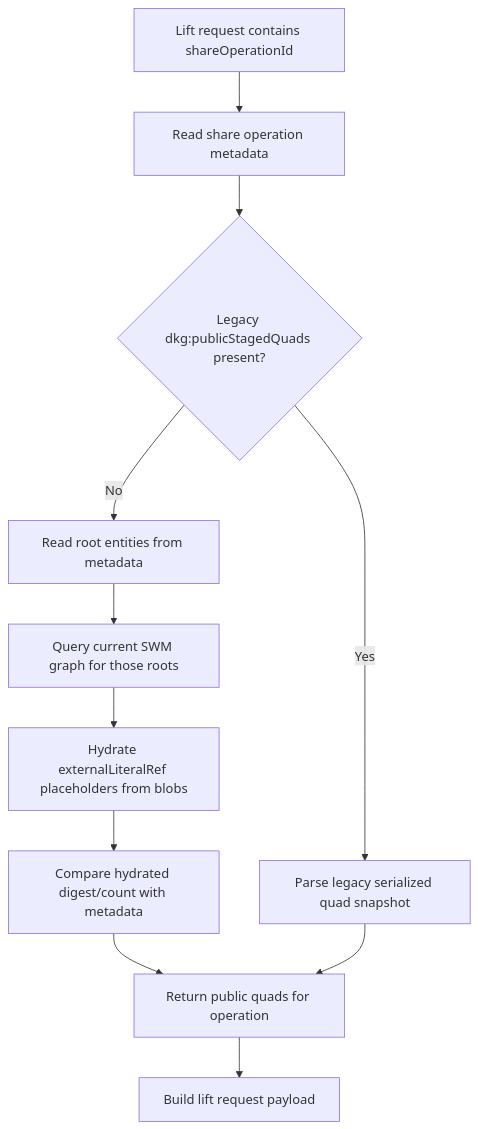
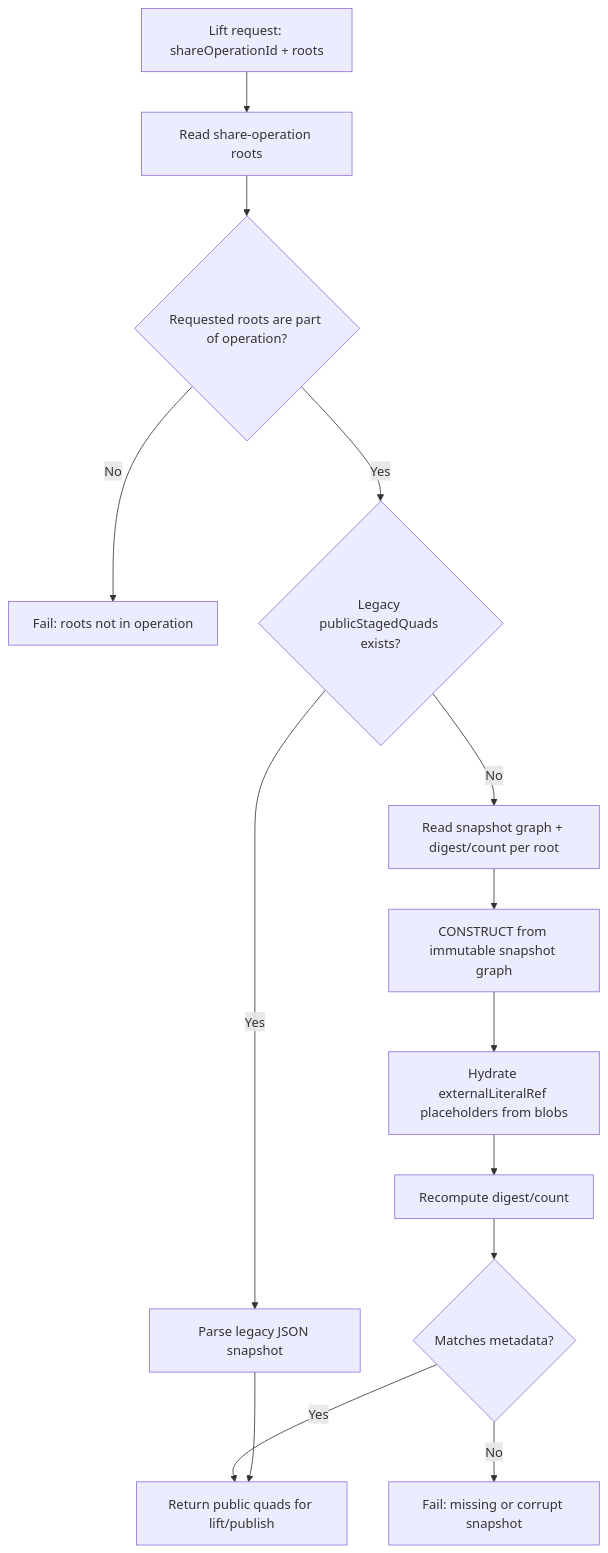
The third of 10 diagrams in docs/SWM_LARGE_PAYLOAD_STORAGE_AMPLIFICATION_PR.md (KilianTrunk/dkg), drawn with Mermaid before and after one commit. The commit also changed other lines of this file and 4 other files, not shown here.

Commit message:
Fix SWM immutable snapshots and benchmark checks

````diff
--- a/docs/SWM_LARGE_PAYLOAD_STORAGE_AMPLIFICATION_PR.md
+++ b/docs/SWM_LARGE_PAYLOAD_STORAGE_AMPLIFICATION_PR.md
@@ -181,13 +137,16 @@
 ```mermaid
 flowchart TD
-  A["Lift request contains shareOperationId"] --> B["Read share operation metadata"]
-  B --> C{"Legacy dkg:publicStagedQuads present?"}
-  C -->|Yes| D["Parse legacy serialized quad snapshot"]
-  C -->|No| E["Read root entities from metadata"]
-  E --> F["Query current SWM graph for those roots"]
-  F --> I["Hydrate externalLiteralRef placeholders from blobs"]
-  I --> J["Compare hydrated digest/count with metadata"]
-  J --> G["Return public quads for operation"]
-  D --> G
-  G --> H["Build lift request payload"]
+  A["Lift request: shareOperationId + roots"] --> B["Read share-operation roots"]
+  B --> C{"Requested roots are part of operation?"}
+  C -->|No| X["Fail: roots not in operation"]
+  C -->|Yes| D{"Legacy publicStagedQuads exists?"}
+  D -->|Yes| E["Parse legacy JSON snapshot"]
+  D -->|No| F["Read snapshot graph + digest/count per root"]
+  F --> G["CONSTRUCT from immutable snapshot graph"]
+  G --> H["Hydrate externalLiteralRef placeholders from blobs"]
+  H --> I["Recompute digest/count"]
+  I --> J{"Matches metadata?"}
+  J -->|No| Y["Fail: missing or corrupt snapshot"]
+  J -->|Yes| K["Return public quads for lift/publish"]
+  E --> K
 ```
````
